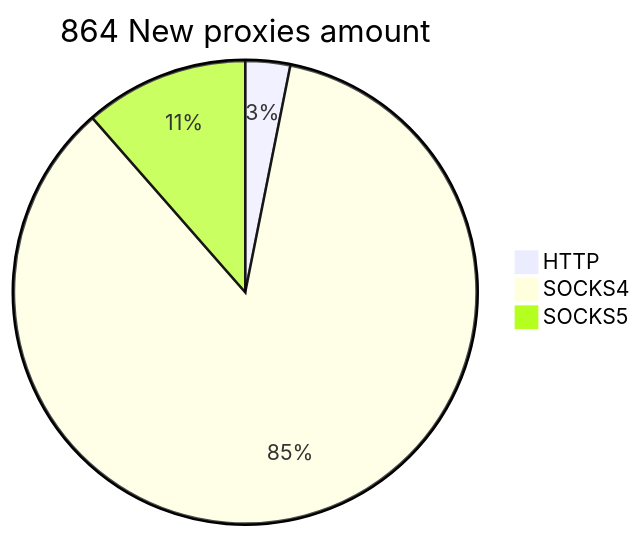
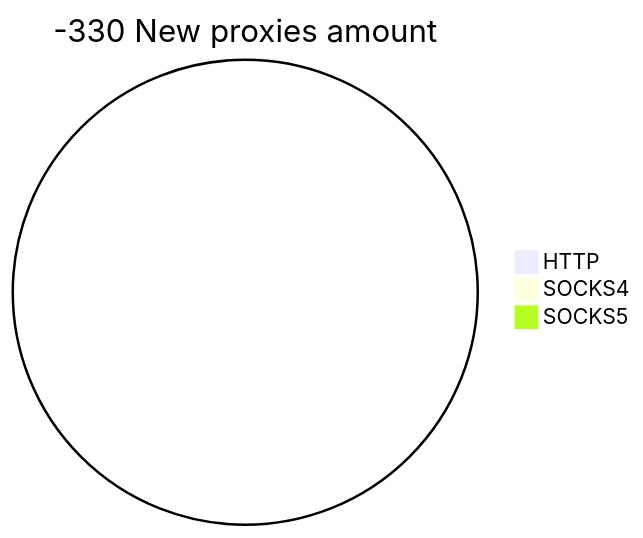
One commit to cutipu/proxylist changed the second of 2 diagrams in README.md. Above: the diagram before and after it, drawn with Mermaid. The commit also changed other lines of this file, not shown here.

````diff
--- a/README.md
+++ b/README.md
@@ -10,6 +10,6 @@
 ```mermaid
-pie title 864 New proxies amount
-    "HTTP" : 27
-    "SOCKS4" : 738
-    "SOCKS5" : 99
+pie title -330 New proxies amount
+    "HTTP" : 0
+    "SOCKS4" : 0
+    "SOCKS5" : 0
 ```
````
